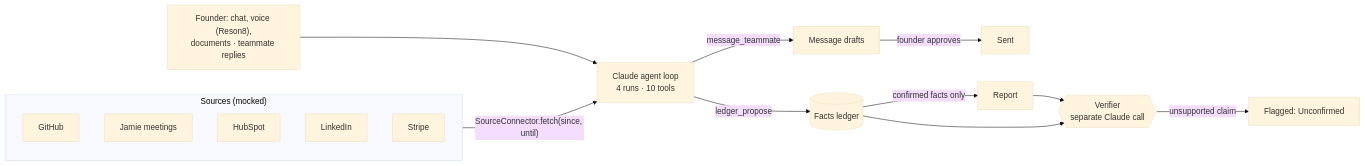
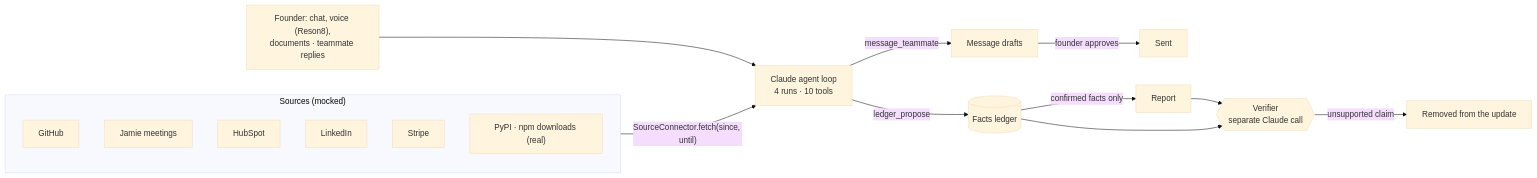
One commit to rhaveen-sa/Agentic-Investor-Updates changed the second of 3 diagrams in README.md. Above: the diagram before and after it, drawn with Mermaid (base theme). The commit also changed other lines of this file and 12 other files, not shown here.

````diff
--- a/README.md
+++ b/README.md
@@ -82,20 +82,21 @@
 ```mermaid
 flowchart LR
     subgraph Sources["Sources (mocked)"]
         GH[GitHub]
         JM[Jamie meetings]
         HS[HubSpot]
         LI[LinkedIn]
         ST[Stripe]
+        PK["PyPI · npm downloads (real)"]
     end
     IN["Founder: chat, voice (Reson8),<br/>documents · teammate replies"]
     Sources -->|"SourceConnector.fetch(since, until)"| AG
     IN --> AG
     AG["Claude agent loop<br/>4 runs · 10 tools"] -->|ledger_propose| LG[("Facts ledger")]
     AG -->|message_teammate| OUT["Message drafts"]
     OUT -->|founder approves| SENT["Sent"]
     LG -->|confirmed facts only| RP["Report"]
     RP --> VF{{"Verifier<br/>separate Claude call"}}
     LG --> VF
-    VF -->|unsupported claim| FL["Flagged: Unconfirmed"]
+    VF -->|unsupported claim| FL["Removed from the update"]
 ```
````
